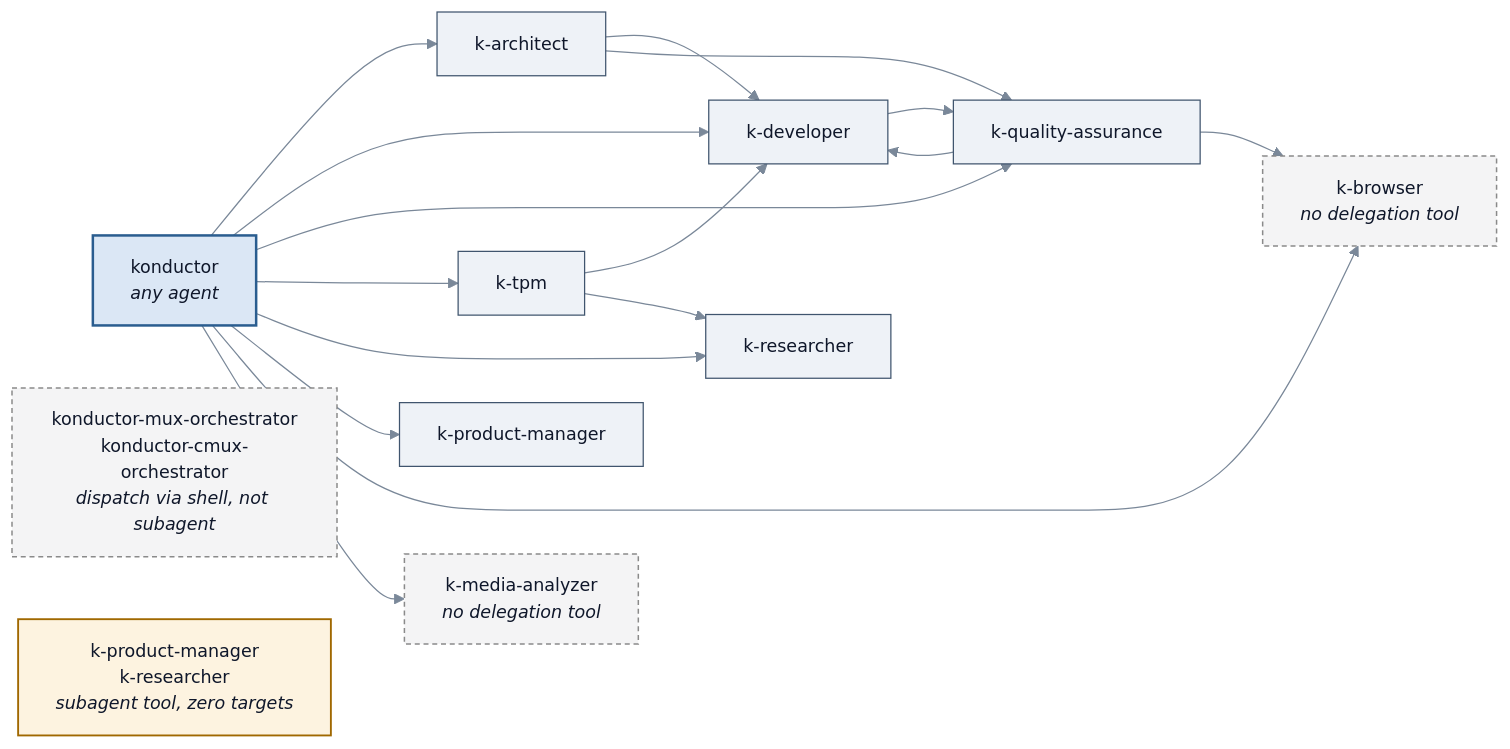
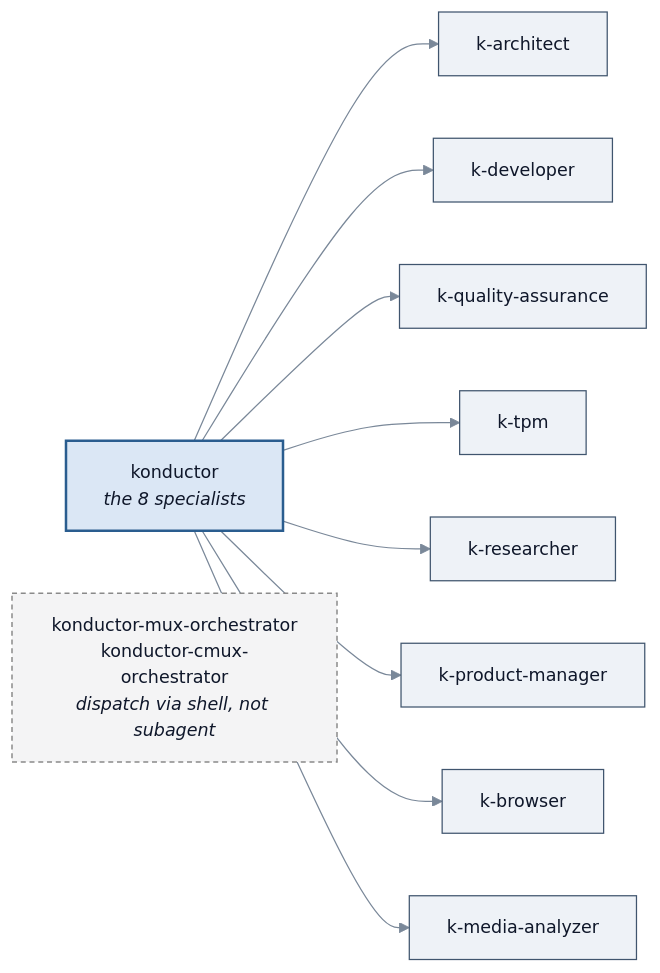
The diagram in docs/user-guide/agents.md (aws-solutions/konductor), drawn with Mermaid before and after one commit. The commit also changed other lines of this file and 44 other files, not shown here.

````diff
--- a/docs/user-guide/agents.md
+++ b/docs/user-guide/agents.md
@@ -152,28 +175,19 @@
 ```mermaid
 %%{init:{'theme':'base','themeVariables':{'fontSize':'14px','primaryColor':'#eef2f7','primaryTextColor':'#0f172a','primaryBorderColor':'#40556e','lineColor':'#7a8899','textColor':'#0f172a','edgeLabelBackground':'#ffffff','clusterBkg':'#fafbfc','clusterBorder':'#c9d2dc'}}}%%
 flowchart LR
-    Orch["konductor<br/><i>any agent</i>"]:::focus
+    Orch["konductor<br/><i>the 8 specialists</i>"]:::focus
     Arch["k-architect"]
     Dev["k-developer"]
     QA["k-quality-assurance"]
     TPM["k-tpm"]
     Res["k-researcher"]
     PM["k-product-manager"]
-    Br["k-browser<br/><i>no delegation tool</i>"]:::muted
-    MA["k-media-analyzer<br/><i>no delegation tool</i>"]:::muted
+    Br["k-browser"]
+    MA["k-media-analyzer"]
     Mux["konductor-mux-orchestrator<br/>konductor-cmux-orchestrator<br/><i>dispatch via shell, not subagent</i>"]:::muted
-    None["k-product-manager<br/>k-researcher<br/><i>subagent tool, zero targets</i>"]:::gate
 
     Orch --> Arch & Dev & QA & TPM & Res & PM & Br & MA
-    Arch --> Dev
-    Arch --> QA
-    Dev --> QA
-    QA --> Dev
-    QA --> Br
-    TPM --> Dev
-    TPM --> Res
 
     classDef focus fill:#dbe7f5,stroke:#2a5d8f,stroke-width:2px,color:#0f172a;
-    classDef gate fill:#fdf3e0,stroke:#a06800,stroke-width:1.5px,color:#0f172a;
     classDef muted fill:#f4f4f5,stroke:#8a8a8a,stroke-width:1.2px,color:#0f172a,stroke-dasharray:4 3;
 ```
````
